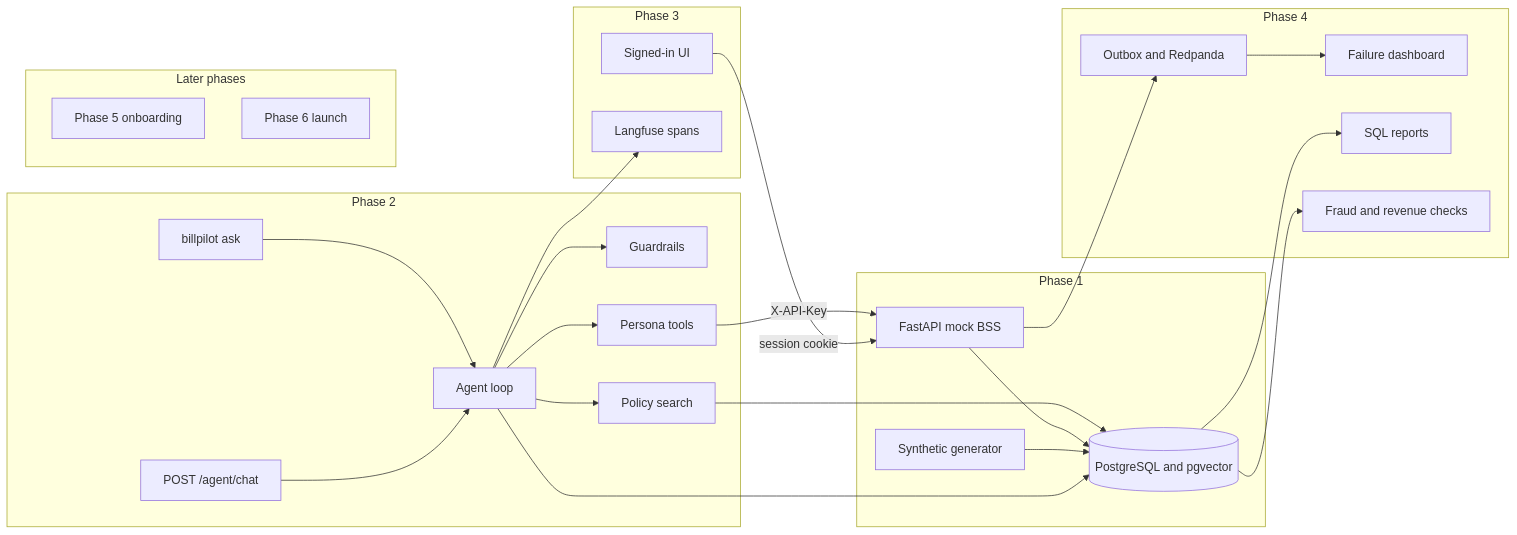
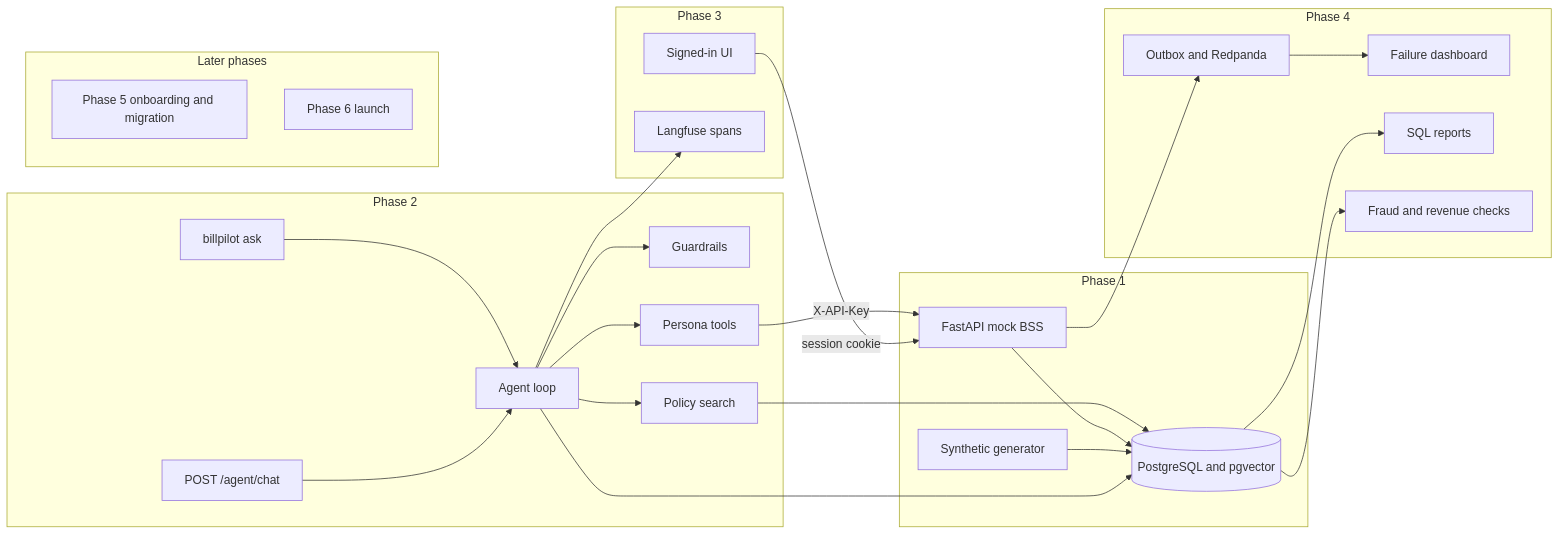
Before and after one commit to ajay206/billpilot: the diagram in README.md, drawn with Mermaid. The commit also changed other lines of this file and 47 other files, not shown here.

First line of the commit message:
Add onboarding and a rollback-safe migration batch.

````diff
--- a/README.md
+++ b/README.md
@@ -15,46 +15,46 @@
 ```mermaid
 flowchart LR
   subgraph phase2 [Phase 2]
     CLI[billpilot ask]
     Chat[POST /agent/chat]
     Loop[Agent loop]
     Guard[Guardrails]
     Tools[Persona tools]
     RAG[Policy search]
   end
   subgraph phase1 [Phase 1]
     API[FastAPI mock BSS]
     DB[(PostgreSQL and pgvector)]
     Gen[Synthetic generator]
   end
   subgraph phase3 [Phase 3]
     UI[Signed-in UI]
     Trace[Langfuse spans]
   end
   subgraph phase4 [Phase 4]
     Broker[Outbox and Redpanda]
     Failures[Failure dashboard]
     Reports[SQL reports]
     Checks[Fraud and revenue checks]
   end
   subgraph later [Later phases]
-    Onboard[Phase 5 onboarding]
+    Onboard[Phase 5 onboarding and migration]
     Launch[Phase 6 launch]
   end
   CLI --> Loop
   Chat --> Loop
   Loop --> Guard
   Loop --> Tools
   Loop --> RAG
   Tools -->|X-API-Key| API
   RAG --> DB
   API --> DB
   Gen --> DB
   Loop --> DB
   UI -->|session cookie| API
   Loop --> Trace
   API --> Broker
   Broker --> Failures
   DB --> Reports
   DB --> Checks
 ```
````
